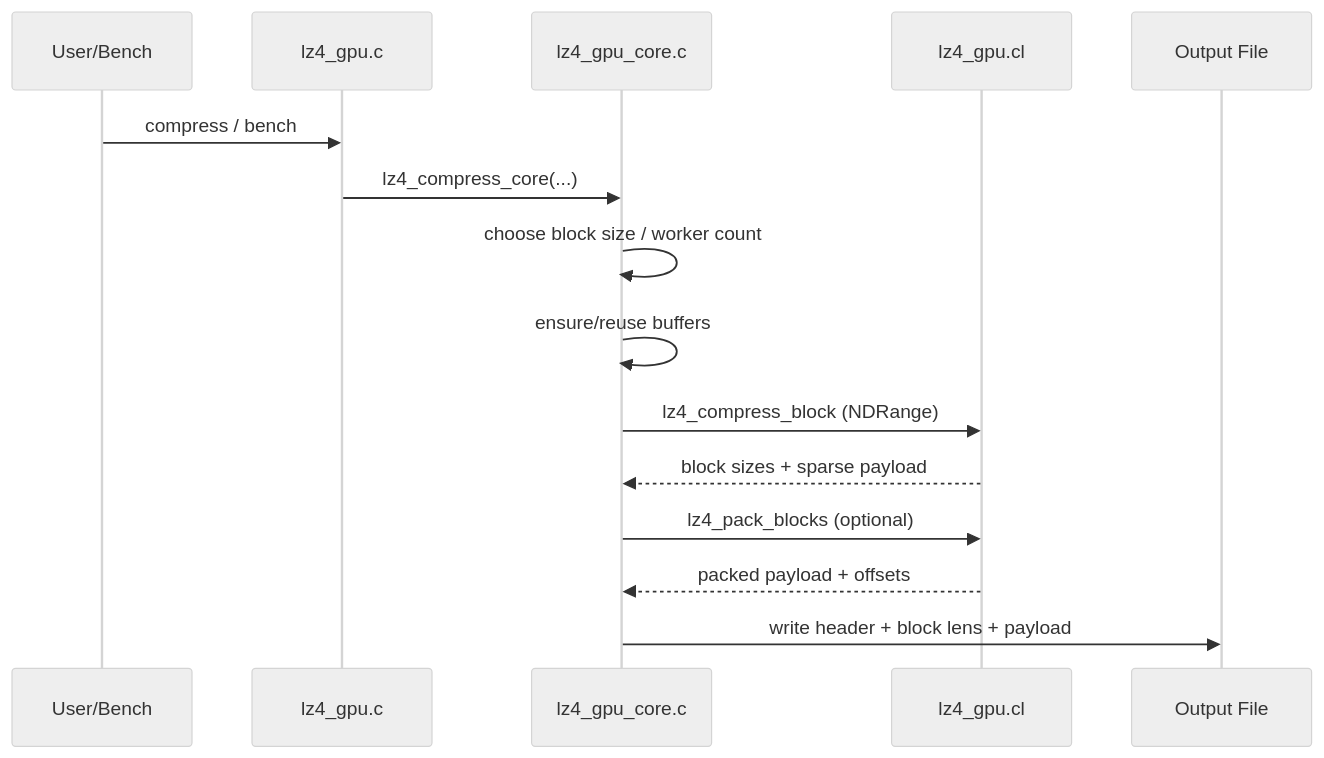
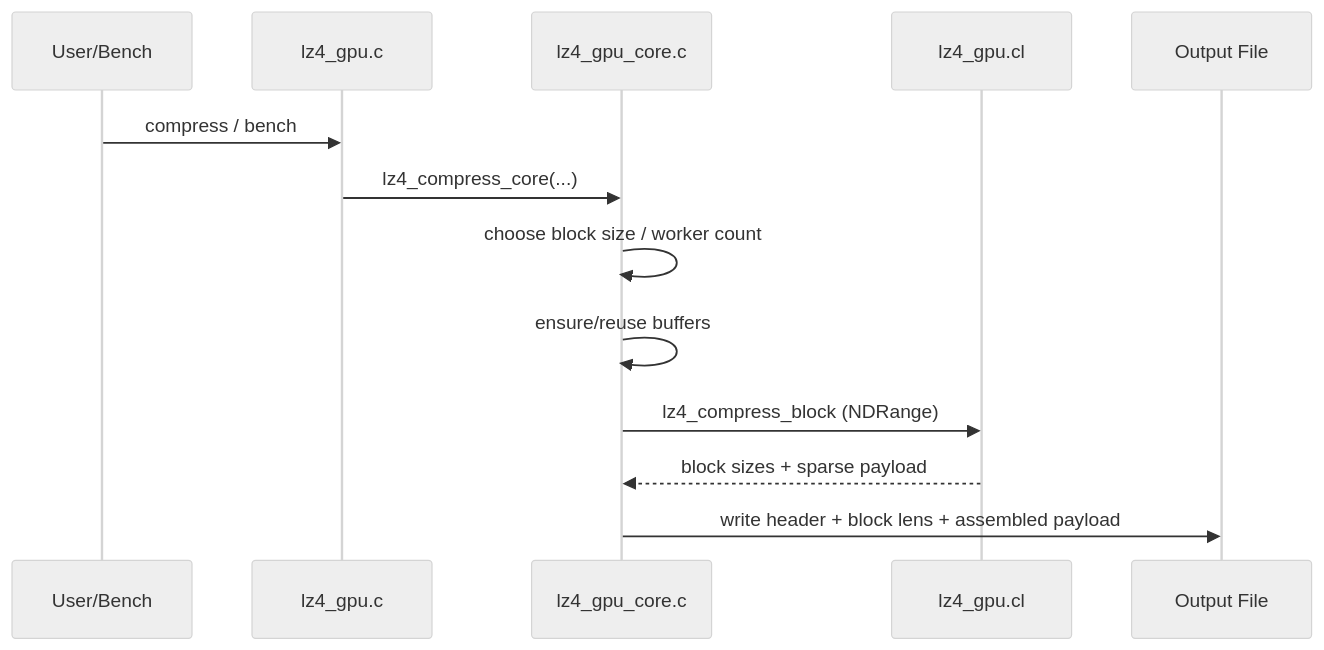
One commit to obsidian0215/lz4 changed the second of 3 diagrams in lz4_gpu/PERFORMANCE_SUMMARY.md. Above: the diagram before and after it, drawn with Mermaid (neutral theme). The commit also changed other lines of this file and 34 other files, not shown here.

````diff
--- a/lz4_gpu/PERFORMANCE_SUMMARY.md
+++ b/lz4_gpu/PERFORMANCE_SUMMARY.md
@@ -90,18 +90,16 @@
 ```mermaid
 sequenceDiagram
     participant U as User/Bench
     participant H as lz4_gpu.c
     participant R as lz4_gpu_core.c
     participant K as lz4_gpu.cl
     participant O as Output File
 
     U->>H: compress / bench
     H->>R: lz4_compress_core(...)
     R->>R: choose block size / worker count
     R->>R: ensure/reuse buffers
     R->>K: lz4_compress_block (NDRange)
     K-->>R: block sizes + sparse payload
-    R->>K: lz4_pack_blocks (optional)
-    K-->>R: packed payload + offsets
-    R->>O: write header + block lens + payload
+   R->>O: write header + block lens + assembled payload
 ```
````
